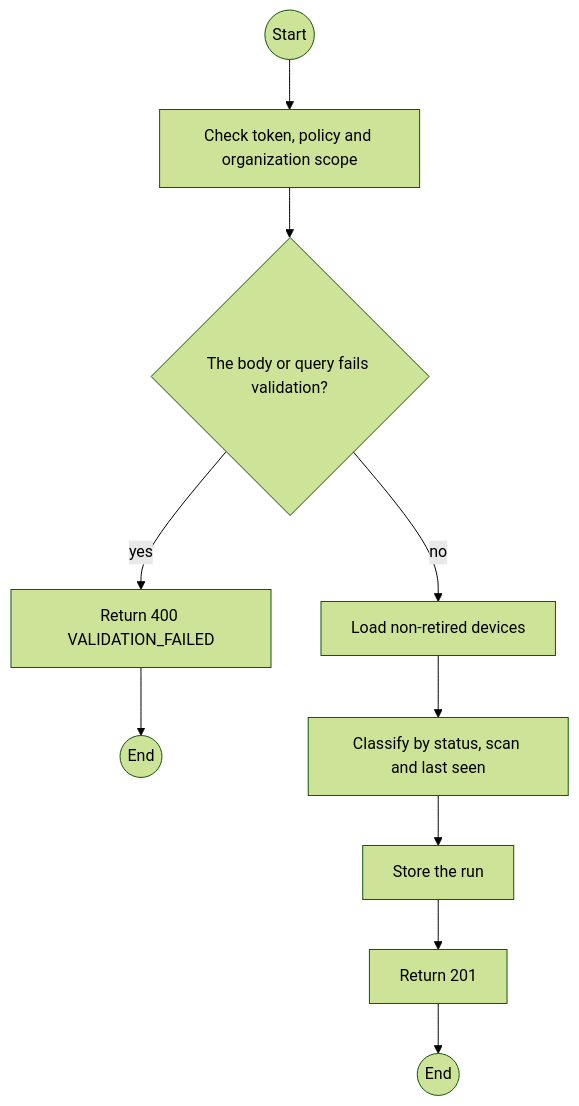
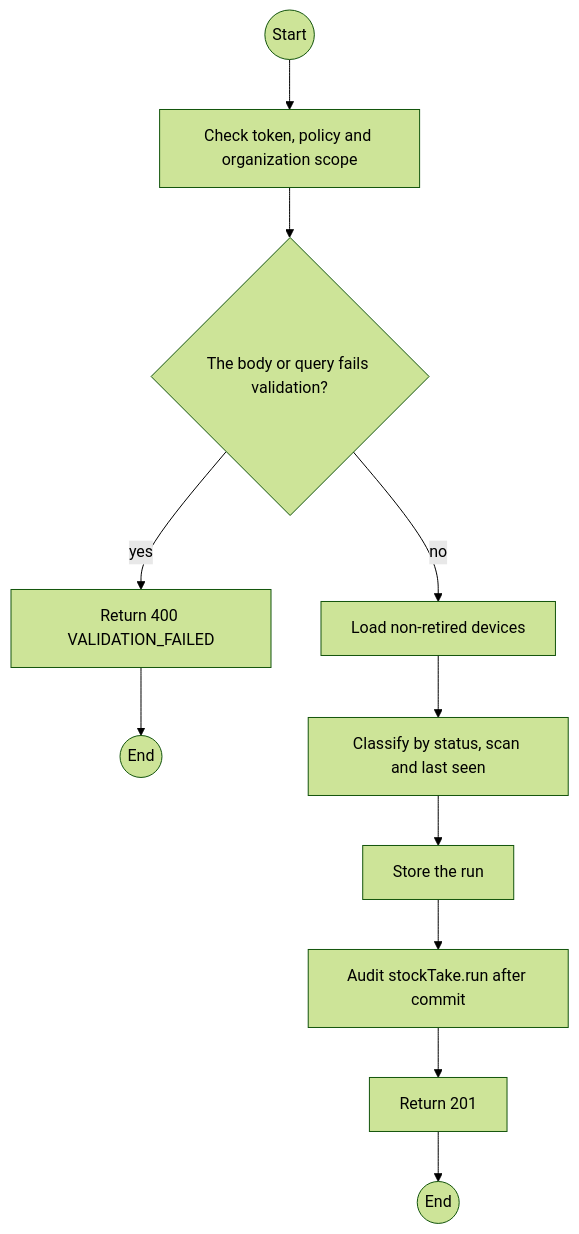
Before and after one commit to TrekLink-Team/treklink-web: the first of 2 diagrams in specs/devices/api-design/25-post-stock-takes.md, drawn with Mermaid (forest theme). The commit also changed other lines of this file and 9 other files, not shown here.

First line of the commit message:
docs: specify the variant writes and the stock-take classification

````diff
--- a/specs/devices/api-design/25-post-stock-takes.md
+++ b/specs/devices/api-design/25-post-stock-takes.md
@@ -128,20 +133,22 @@
 ```mermaid
 flowchart TB
     S((Start))
     A0["Check token, policy and organization scope"]
     S --> A0
     D1{"The body or query fails validation?"}
     A0 --> D1
     E1["Return 400 VALIDATION_FAILED"]
     D1 -->|yes| E1
     E1 --> X1((End))
     P0["Load non-retired devices"]
     D1 -->|no| P0
     P1["Classify by status, scan and last seen"]
     P0 --> P1
     P2["Store the run"]
     P1 --> P2
+    P3["Audit stockTake.run after commit"]
+    P2 --> P3
     OK["Return 201"]
-    P2 --> OK
+    P3 --> OK
     OK --> Z((End))
 ```
````
